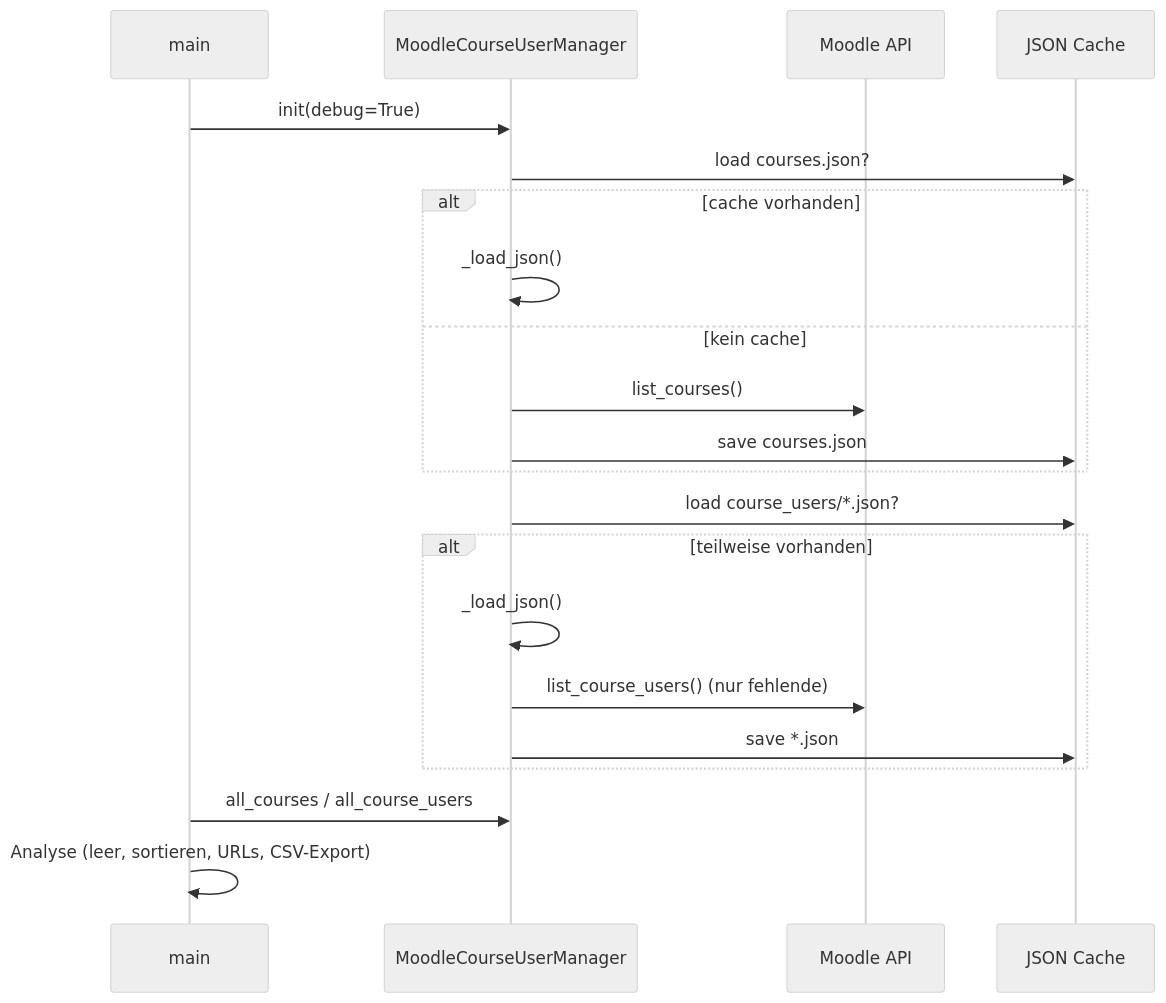
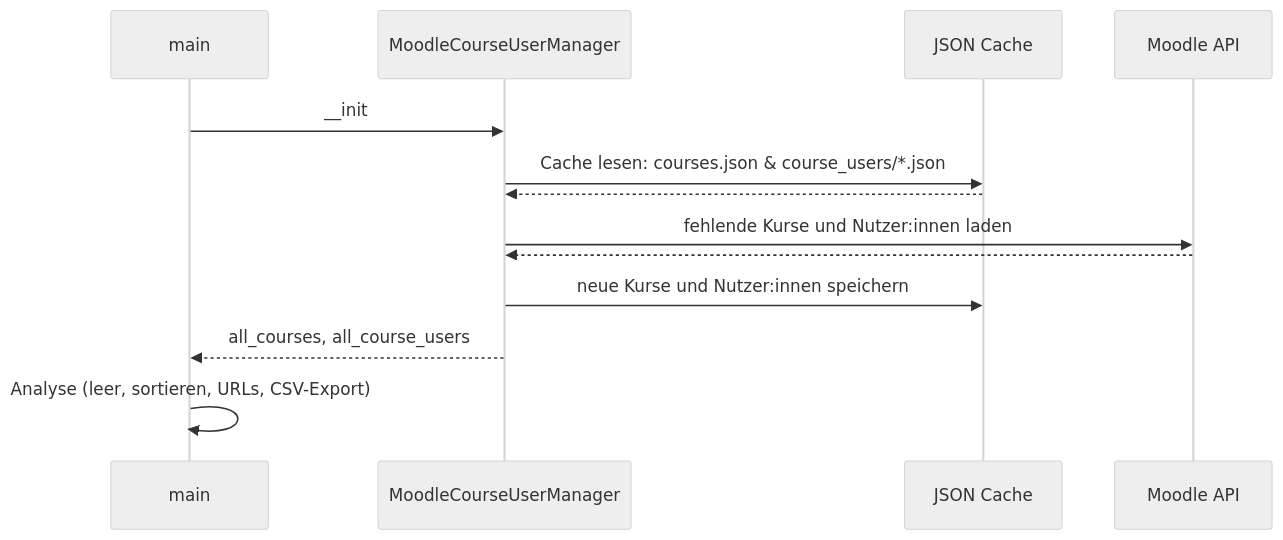
Before and after one commit to moritzwaschkewitz/moodle-emptycourses-webservice-api-script: the third of 3 diagrams in README.md, drawn with Mermaid (neutral theme).

Commit message:
fixed sequenceDiagram

````diff
--- a/README.md
+++ b/README.md
@@ -236,26 +236,16 @@
 ```mermaid
 sequenceDiagram
     participant main
     participant Manager as MoodleCourseUserManager
+    participant File as JSON Cache
     participant Moodle as Moodle API
-    participant File as JSON Cache
 
-    main->>Manager: init(debug=True)
-    Manager->>File: load courses.json?
-    alt cache vorhanden
-        Manager->>Manager: _load_json()
-    else kein cache
-        Manager->>Moodle: list_courses()
-        Manager->>File: save courses.json
-    end
-
-    Manager->>File: load course_users/*.json?
-    alt teilweise vorhanden
-        Manager->>Manager: _load_json()
-        Manager->>Moodle: list_course_users() (nur fehlende)
-        Manager->>File: save *.json
-    end
-
-    main->>Manager: all_courses / all_course_users
+    main->>Manager: __init
+    Manager->>File: Cache lesen: courses.json & course_users/*.json
+    File-->>Manager:
+    Manager->>Moodle: fehlende Kurse und Nutzer:innen laden
+    Moodle-->>Manager:
+    Manager->>File: neue Kurse und Nutzer:innen speichern
+    Manager-->>main: all_courses, all_course_users
     main->>main: Analyse (leer, sortieren, URLs, CSV-Export)
 ```
````
